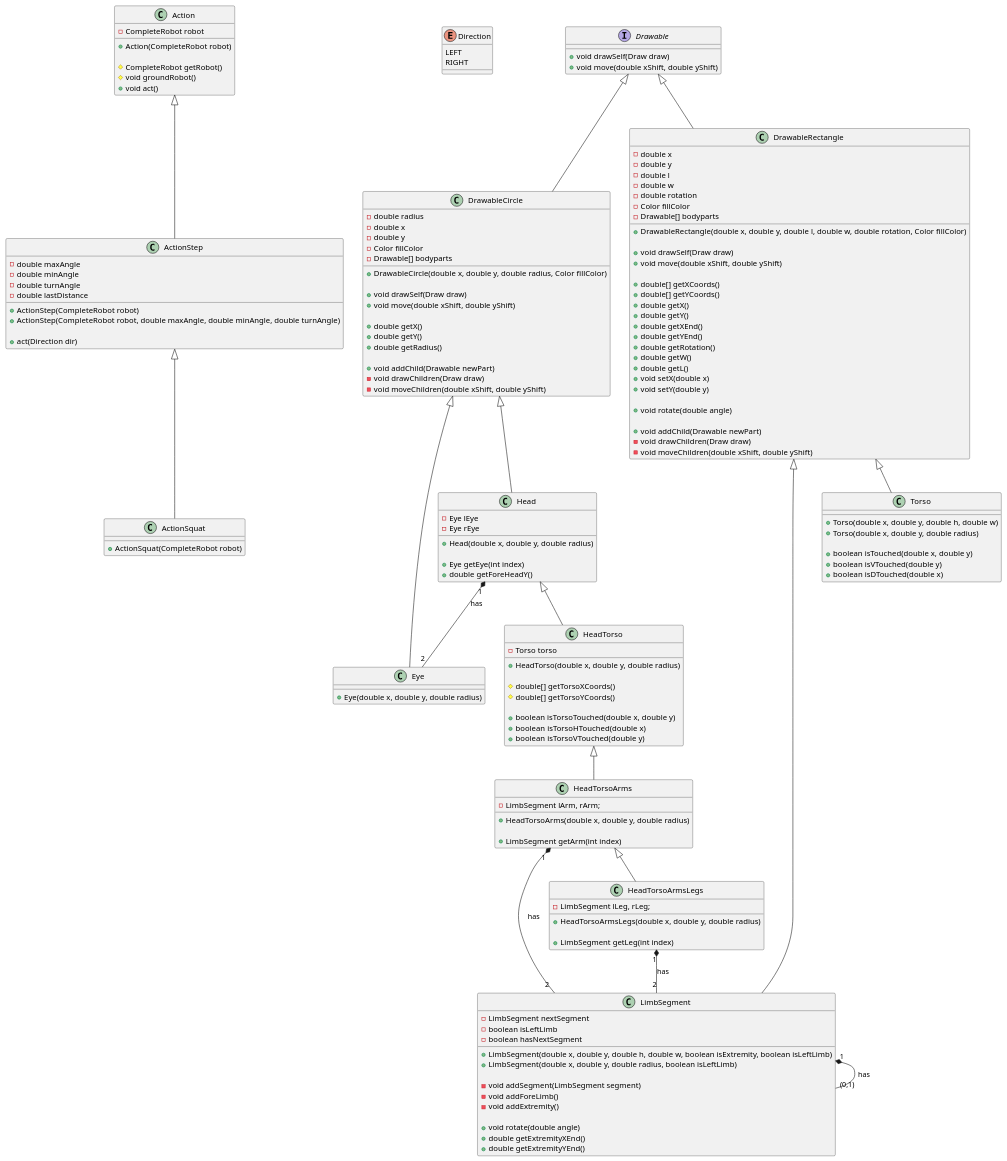
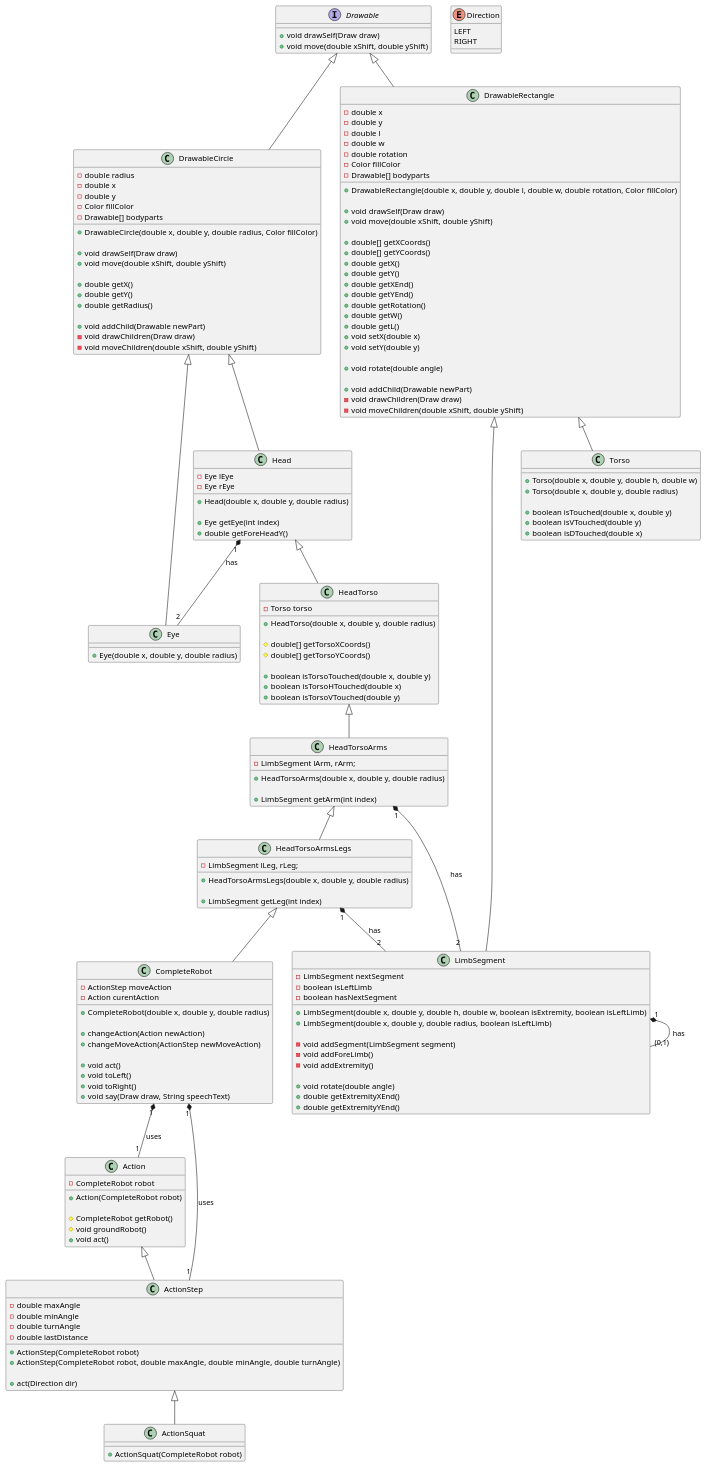
The diagram in Classes_Hierarchy.puml (wafibismail/cadi-robot), drawn with PlantUML before and after one commit.

Commit message:
Include CompleteRobot in UML Class Diagram

```diff
--- a/Classes_Hierarchy.puml
+++ b/Classes_Hierarchy.puml
@@ -183,4 +183,23 @@
 dR <|-- LimbSegment
 
 LimbSegment "1" *-- "(0,1)" LimbSegment : has
+
+class "CompleteRobot" as CR {
+  -ActionStep moveAction
+  -Action curentAction
+
+  +CompleteRobot(double x, double y, double radius)
+
+  +changeAction(Action newAction)
+  +changeMoveAction(ActionStep newMoveAction)
+
+  +void act()
+  +void toLeft()
+  +void toRight()
+  +void say(Draw draw, String speechText)
+}
+
+dCHTAL <|-- CR
+CR "1" *-- "1" aSt : uses
+CR "1" *-- "1" a : uses
 @enduml
```
